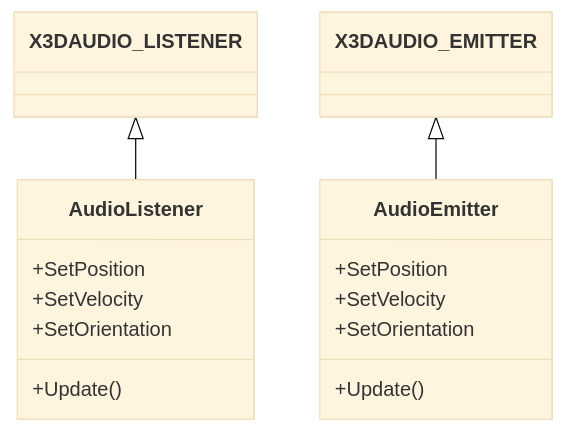
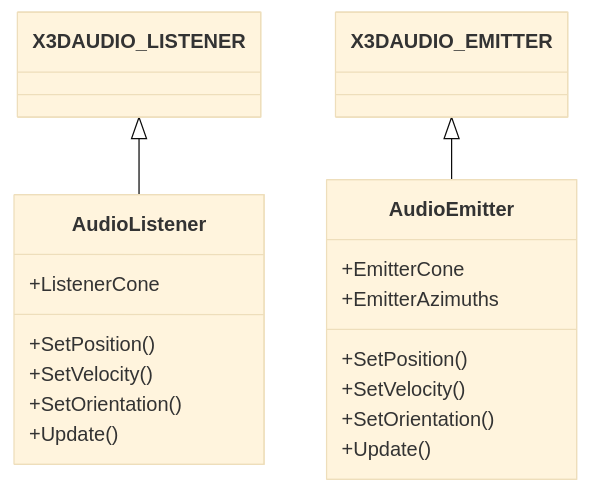
The second of 2 diagrams in Audio.md (neogrammer/Wiki), drawn with Mermaid (base theme) before and after one commit. The commit also changed other lines of this file, not shown here.

Commit message:
Updated Audio (markdown)

````diff
--- a/Audio.md
+++ b/Audio.md
@@ -82,19 +82,22 @@
 ```mermaid
 classDiagram
 class AudioListener{
-   +SetPosition
-   +SetVelocity
-   +SetOrientation
+   +ListenerCone
+   +SetPosition()
+   +SetVelocity()
+   +SetOrientation()
    +Update()
 }
 class X3DAUDIO_LISTENER
 class AudioEmitter{
-   +SetPosition
-   +SetVelocity
-   +SetOrientation
+   +EmitterCone
+   +EmitterAzimuths
+   +SetPosition()
+   +SetVelocity()
+   +SetOrientation()
    +Update()
 }
 class X3DAUDIO_EMITTER
 X3DAUDIO_LISTENER <|-- AudioListener
 X3DAUDIO_EMITTER <|-- AudioEmitter
 ```
````
